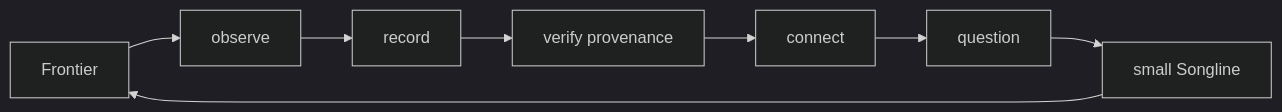
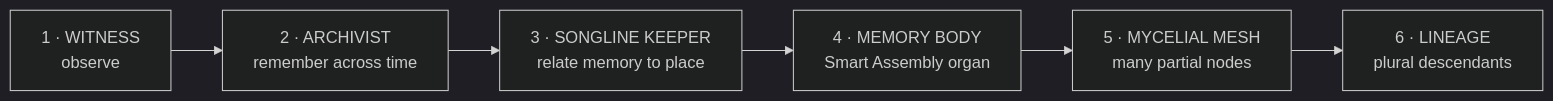
The fifth of 8 diagrams in branches/frontier-hypha/README.md (mackeymootsa/gaian-chronicle), drawn with Mermaid (dark theme) before and after one commit. The commit also changed other lines of this file, not shown here.

Commit message:
Reframe Frontier Hypha around living civilizational memory

````diff
--- a/branches/frontier-hypha/README.md
+++ b/branches/frontier-hypha/README.md
@@ -307,10 +446,8 @@
 ```mermaid
 flowchart LR
-    F["Frontier"] --> O["observe"]
-    O --> R["record"]
-    R --> V["verify provenance"]
-    V --> C["connect"]
-    C --> Q["question"]
-    Q --> S["small Songline"]
-    S --> F
+    W["1 · WITNESS<br/>observe"] --> A["2 · ARCHIVIST<br/>remember across time"]
+    A --> S["3 · SONGLINE KEEPER<br/>relate memory to place"]
+    S --> B["4 · MEMORY BODY<br/>Smart Assembly organ"]
+    B --> M["5 · MYCELIAL MESH<br/>many partial nodes"]
+    M --> L["6 · LINEAGE<br/>plural descendants"]
 ```
````
